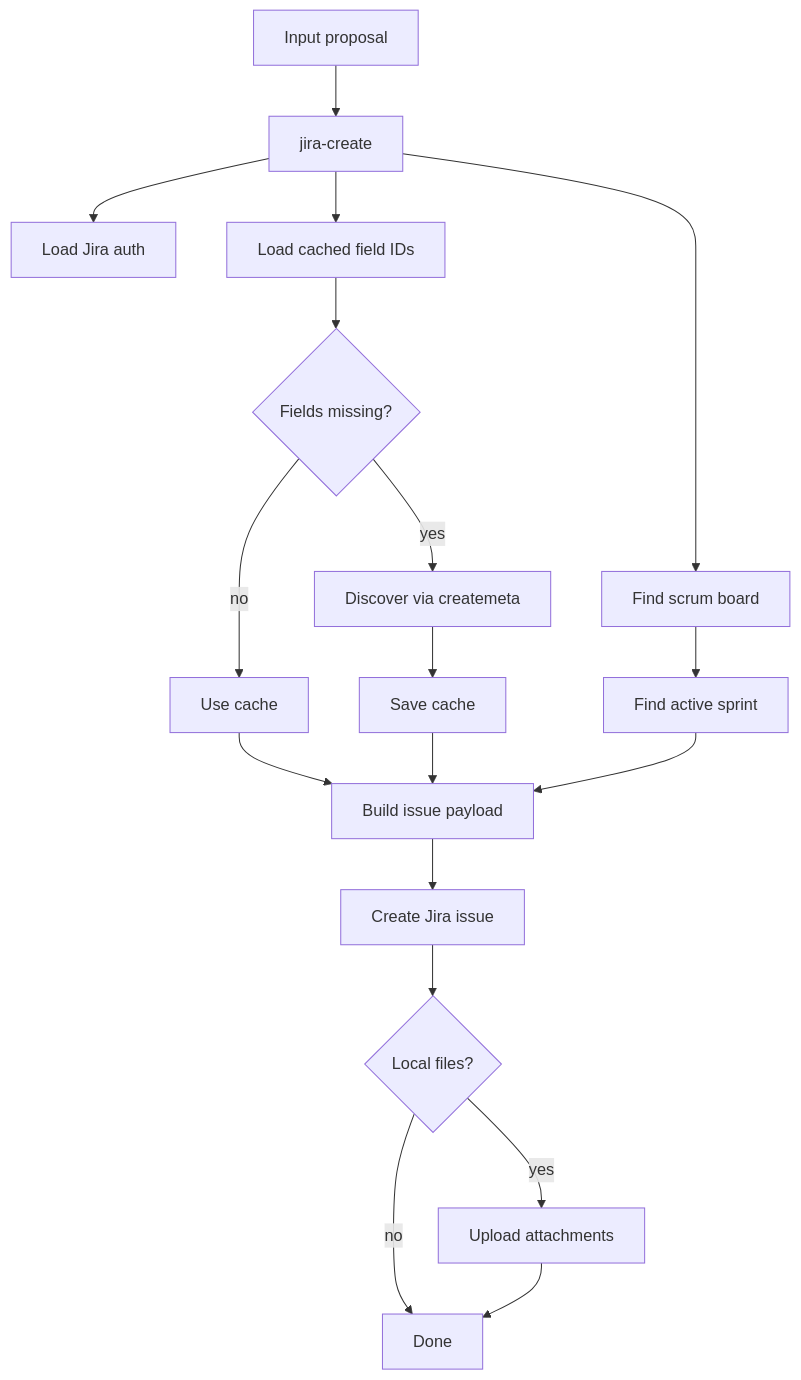
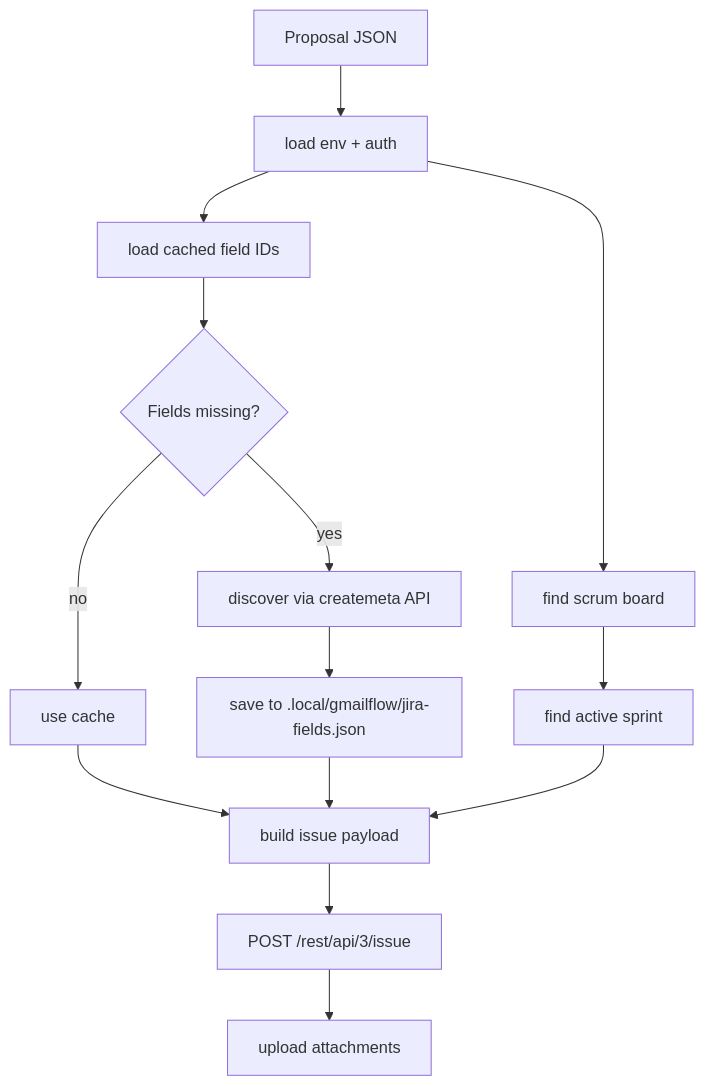
The second of 2 diagrams in .ai/plugins/jiraflow/skills/jira-create/README.md (manpham-saritasa/devflow), drawn with Mermaid before and after one commit. The commit also changed other lines of this file and 10 other files, not shown here.

````diff
--- a/.ai/plugins/jiraflow/skills/jira-create/README.md
+++ b/.ai/plugins/jiraflow/skills/jira-create/README.md
@@ -7,24 +36,19 @@
 ```mermaid
 flowchart TD
-    A[Input proposal]:::accent0 --> B[jira-create]:::accent1
+    A[Proposal JSON]:::accent0 --> B[load env + auth]:::accent1
+    B --> C[load cached field IDs]:::accent1
+    C --> D{Fields missing?}:::accent2
+    D -->|yes| E[discover via createmeta API]:::accent2
+    E --> F[save to .local/gmailflow/jira-fields.json]:::accent2
+    D -->|no| G[use cache]:::accent3
 
-    B --> C[Load Jira auth]:::accent1
-    B --> D[Load cached field IDs]:::accent1
-    D --> E{Fields missing?}:::accent2
-    E -->|yes| F[Discover via createmeta]:::accent2
-    E -->|no| G[Use cache]:::accent3
-    F --> H[Save cache]:::accent2
+    B --> H[find scrum board]:::accent4
+    H --> I[find active sprint]:::accent4
 
-    B --> I[Find scrum board]:::accent4
-    I --> J[Find active sprint]:::accent4
+    G --> J[build issue payload]:::accent5
+    F --> J
+    I --> J
 
-    G --> K[Build issue payload]:::accent5
-    H --> K
-    J --> K
-
-    K --> L[Create Jira issue]:::accent6
-    L --> M{Local files?}:::accent7
-    M -->|yes| N[Upload attachments]:::accent7
-    M -->|no| O[Done]:::accent3
-    N --> O
+    J --> K[POST /rest/api/3/issue]:::accent6
+    K --> L[upload attachments]:::accent7
 ```
````
